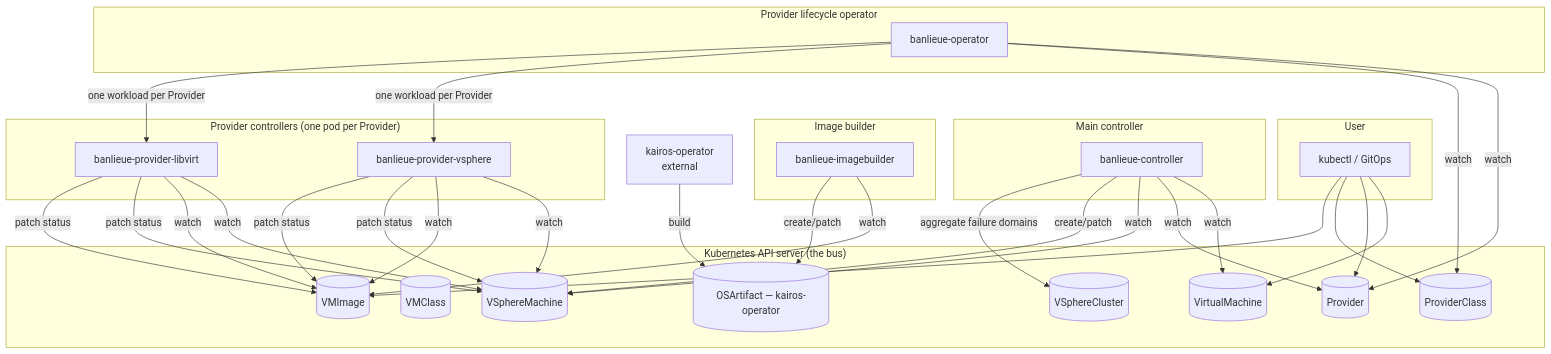
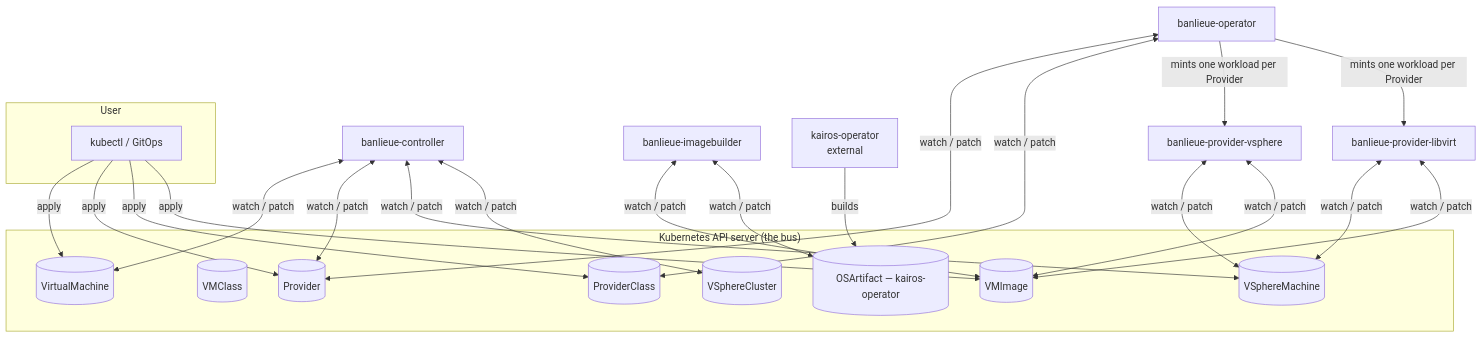
Before and after one commit to firestoned/banlieue: the first of 4 diagrams in docs/src/concepts/architecture.md, drawn with Mermaid. The commit also changed other lines of this file and 120 other files, not shown here.

Commit message:
Add support for VM image importing and uploading to vsphere, while auto managing a kairos install

````diff
--- a/docs/src/concepts/architecture.md
+++ b/docs/src/concepts/architecture.md
@@ -21,61 +27,33 @@
 ```mermaid
 flowchart TB
     subgraph User
       u[kubectl / GitOps]
     end
 
     subgraph "Kubernetes API server (the bus)"
       vm[(VirtualMachine)]
       vmc[(VMClass)]
       vmi[(VMImage)]
       prov[(Provider)]
       provc[(ProviderClass)]
       infra[(VSphereMachine)]
       infrac[(VSphereCluster)]
       osa[(OSArtifact — kairos-operator)]
     end
 
-    subgraph "Main controller"
-      mc[banlieue-controller]
-    end
-
-    subgraph "Provider lifecycle operator"
-      op[banlieue-operator]
-    end
-
-    subgraph "Image builder"
-      ib[banlieue-imagebuilder]
-    end
-
-    subgraph "Provider controllers (one pod per Provider)"
-      pv[banlieue-provider-vsphere]
-      pl[banlieue-provider-libvirt]
-    end
-
+    mc[banlieue-controller]
+    op[banlieue-operator]
+    ib[banlieue-imagebuilder]
+    pv[banlieue-provider-vsphere]
+    pl[banlieue-provider-libvirt]
     kairos[kairos-operator<br/>external]
 
-    u --> vm
-    u --> prov
-    u --> provc
-    u --> vmi
-    mc -- watch --> vm
-    mc -- watch --> prov
-    mc -- watch --> infra
-    mc -- create/patch --> infra
-    mc -- aggregate failure domains --> infrac
-    op -- watch --> prov
-    op -- watch --> provc
-    op -- one workload per Provider --> pv
-    op -- one workload per Provider --> pl
-    ib -- watch --> vmi
-    ib -- create/patch --> osa
-    kairos -- build --> osa
-    pv -- watch --> infra
-    pv -- watch --> vmi
-    pl -- watch --> infra
-    pl -- watch --> vmi
-    pv -- patch status --> infra
-    pv -- patch status --> vmi
-    pl -- patch status --> infra
-    pl -- patch status --> vmi
+    u -- apply --> vm & prov & provc & vmi
+    mc <-- watch / patch --> vm & prov & infra & infrac
+    op <-- watch / patch --> prov & provc
+    op -- mints one workload per Provider --> pv & pl
+    ib <-- watch / patch --> vmi & osa
+    kairos -- builds --> osa
+    pv <-- watch / patch --> infra & vmi
+    pl <-- watch / patch --> infra & vmi
 ```
````
